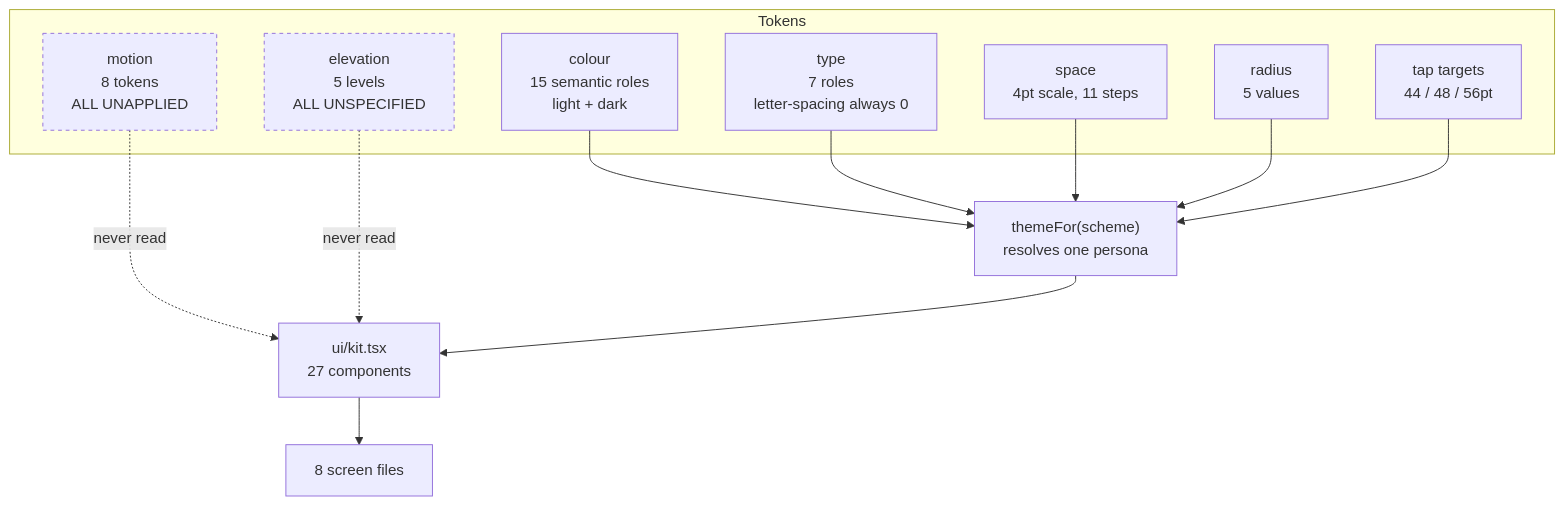
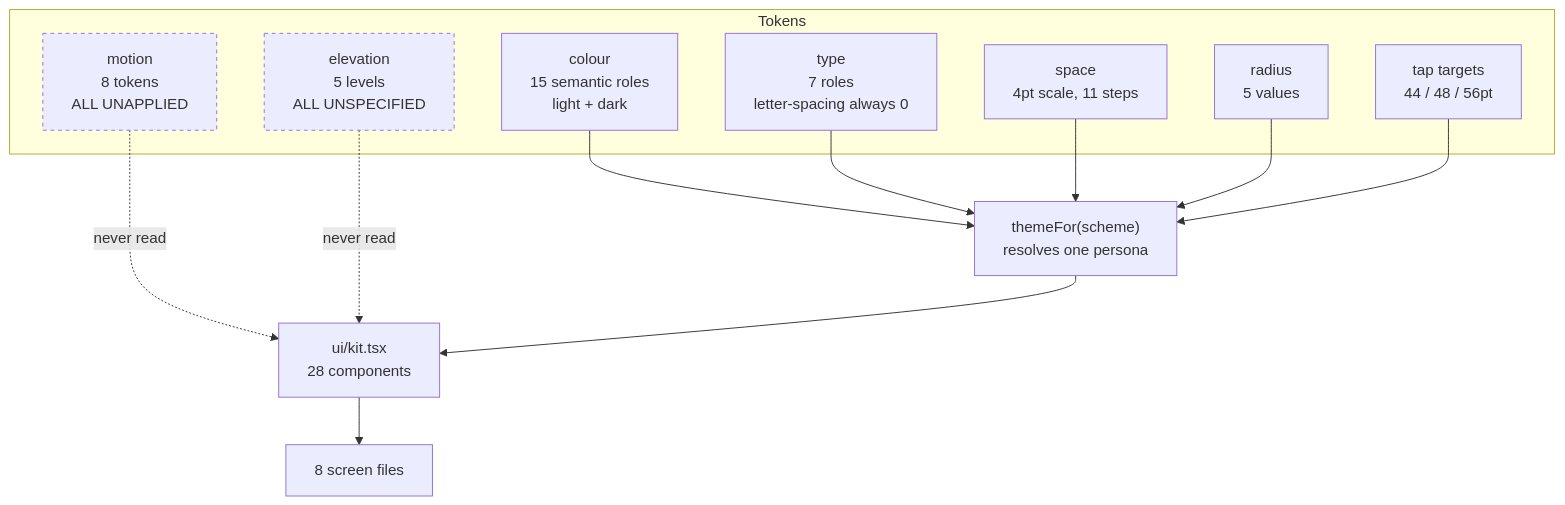
Before and after one commit to alinasser21001b-blip/adlytic: the fourth of 6 diagrams in docs/design/DIAGRAMS.md, drawn with Mermaid. The commit also changed 82 other files, not shown here.

````diff
--- a/docs/design/DIAGRAMS.md
+++ b/docs/design/DIAGRAMS.md
@@ -154,26 +154,26 @@
 ```mermaid
 flowchart TD
   subgraph Tokens
     color["colour<br/>15 semantic roles<br/>light + dark"]
     type["type<br/>7 roles<br/>letter-spacing always 0"]
     space["space<br/>4pt scale, 11 steps"]
     radius["radius<br/>5 values"]
     tap["tap targets<br/>44 / 48 / 56pt"]
     motion["motion<br/>8 tokens<br/>ALL UNAPPLIED"]
     elevation["elevation<br/>5 levels<br/>ALL UNSPECIFIED"]
   end
   theme["themeFor(scheme)<br/>resolves one persona"]
-  kit["ui/kit.tsx<br/>27 components"]
+  kit["ui/kit.tsx<br/>28 components"]
   screens["8 screen files"]
   color --> theme
   type --> theme
   space --> theme
   radius --> theme
   tap --> theme
   motion -.never read.-> kit
   elevation -.never read.-> kit
   theme --> kit
   kit --> screens
   classDef dead stroke-dasharray: 4 4;
   class motion,elevation dead;
 ```
````
